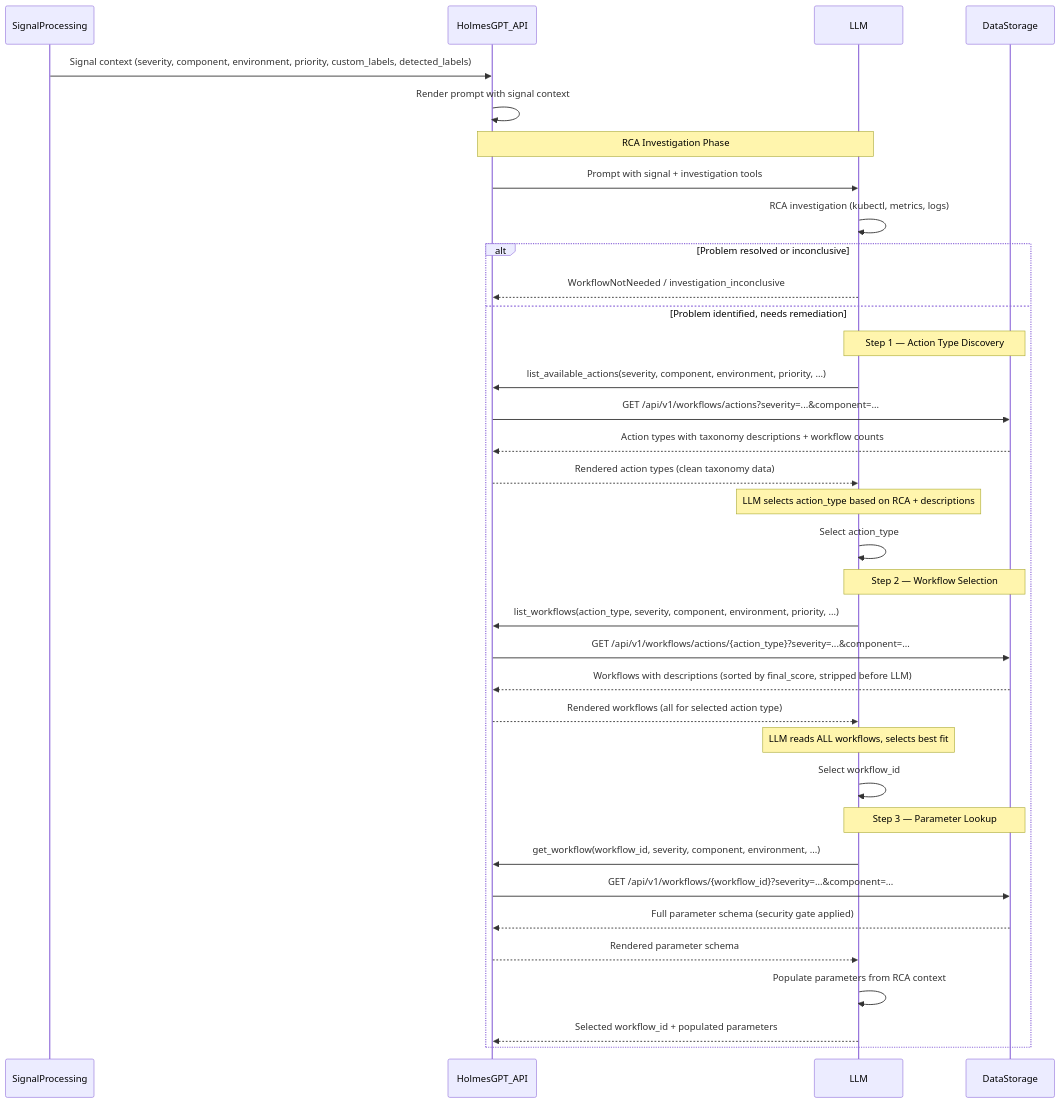
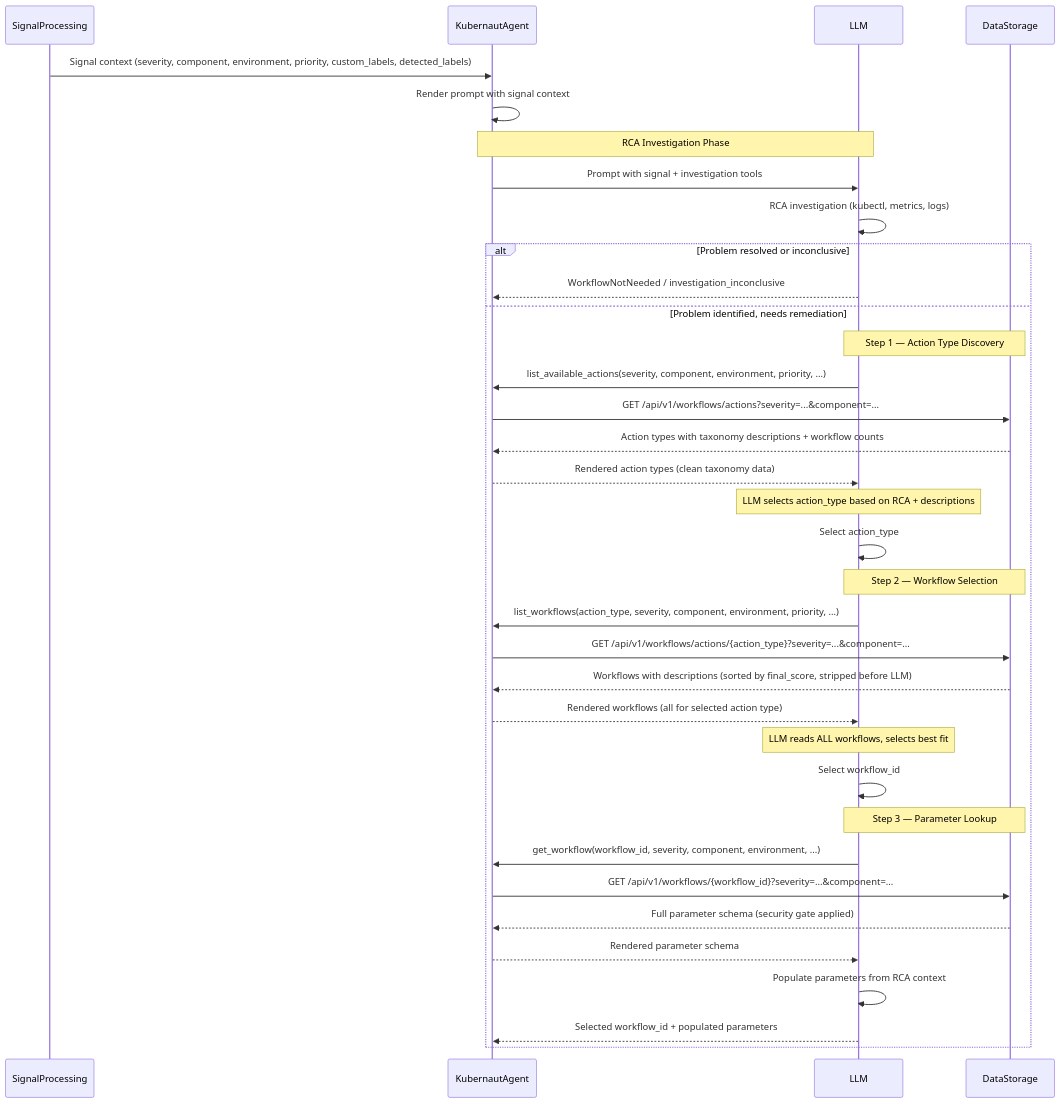
One commit to jordigilh/kubernaut changed the second of 10 diagrams in docs/architecture/decisions/DD-WORKFLOW-017-workflow-lifecycle-component-interactions.md. Above: the diagram before and after it, drawn with Mermaid. The commit also changed other lines of this file and 19 other files, not shown here.

````diff
--- a/docs/architecture/decisions/DD-WORKFLOW-017-workflow-lifecycle-component-interactions.md
+++ b/docs/architecture/decisions/DD-WORKFLOW-017-workflow-lifecycle-component-interactions.md
@@ -313,45 +313,45 @@
 ```mermaid
 sequenceDiagram
     participant SP as SignalProcessing
-    participant HAPI as HolmesGPT_API
+    participant KA as KubernautAgent
     participant LLM as LLM
     participant DS as DataStorage
 
-    SP->>HAPI: Signal context (severity, component, environment, priority, custom_labels, detected_labels)
-    HAPI->>HAPI: Render prompt with signal context
+    SP->>KA: Signal context (severity, component, environment, priority, custom_labels, detected_labels)
+    KA->>KA: Render prompt with signal context
 
-    Note over HAPI,LLM: RCA Investigation Phase
-    HAPI->>LLM: Prompt with signal + investigation tools
+    Note over KA,LLM: RCA Investigation Phase
+    KA->>LLM: Prompt with signal + investigation tools
     LLM->>LLM: RCA investigation (kubectl, metrics, logs)
 
     alt Problem resolved or inconclusive
-        LLM-->>HAPI: WorkflowNotNeeded / investigation_inconclusive
+        LLM-->>KA: WorkflowNotNeeded / investigation_inconclusive
     else Problem identified, needs remediation
         Note over LLM,DS: Step 1 — Action Type Discovery
-        LLM->>HAPI: list_available_actions(severity, component, environment, priority, ...)
-        HAPI->>DS: GET /api/v1/workflows/actions?severity=...&component=...
-        DS-->>HAPI: Action types with taxonomy descriptions + workflow counts
-        HAPI-->>LLM: Rendered action types (clean taxonomy data)
+        LLM->>KA: list_available_actions(severity, component, environment, priority, ...)
+        KA->>DS: GET /api/v1/workflows/actions?severity=...&component=...
+        DS-->>KA: Action types with taxonomy descriptions + workflow counts
+        KA-->>LLM: Rendered action types (clean taxonomy data)
 
         Note over LLM: LLM selects action_type based on RCA + descriptions
         LLM->>LLM: Select action_type
 
         Note over LLM,DS: Step 2 — Workflow Selection
-        LLM->>HAPI: list_workflows(action_type, severity, component, environment, priority, ...)
-        HAPI->>DS: GET /api/v1/workflows/actions/{action_type}?severity=...&component=...
-        DS-->>HAPI: Workflows with descriptions (sorted by final_score, stripped before LLM)
-        HAPI-->>LLM: Rendered workflows (all for selected action type)
+        LLM->>KA: list_workflows(action_type, severity, component, environment, priority, ...)
+        KA->>DS: GET /api/v1/workflows/actions/{action_type}?severity=...&component=...
+        DS-->>KA: Workflows with descriptions (sorted by final_score, stripped before LLM)
+        KA-->>LLM: Rendered workflows (all for selected action type)
 
         Note over LLM: LLM reads ALL workflows, selects best fit
         LLM->>LLM: Select workflow_id
 
         Note over LLM,DS: Step 3 — Parameter Lookup
-        LLM->>HAPI: get_workflow(workflow_id, severity, component, environment, ...)
-        HAPI->>DS: GET /api/v1/workflows/{workflow_id}?severity=...&component=...
-        DS-->>HAPI: Full parameter schema (security gate applied)
-        HAPI-->>LLM: Rendered parameter schema
+        LLM->>KA: get_workflow(workflow_id, severity, component, environment, ...)
+        KA->>DS: GET /api/v1/workflows/{workflow_id}?severity=...&component=...
+        DS-->>KA: Full parameter schema (security gate applied)
+        KA-->>LLM: Rendered parameter schema
 
         LLM->>LLM: Populate parameters from RCA context
-        LLM-->>HAPI: Selected workflow_id + populated parameters
+        LLM-->>KA: Selected workflow_id + populated parameters
     end
 ```
````
